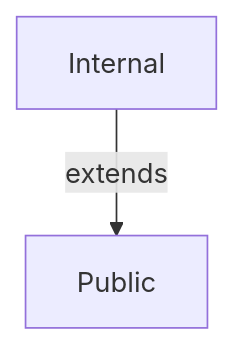
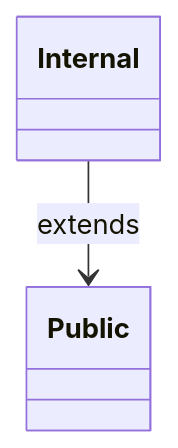
The first of 2 diagrams in examples/fastapi_app/README.md (release-art/pydantic-prism), drawn with Mermaid before and after one commit. The commit also changed other lines of this file and 7 other files, not shown here.

````diff
--- a/examples/fastapi_app/README.md
+++ b/examples/fastapi_app/README.md
@@ -7,7 +7,7 @@
 ```mermaid
-graph TD
-    Internal["Internal"]
-    Public["Public"]
-    Internal -->|"extends"| Public
-    classDef partial stroke-dasharray: 5 5;
+classDiagram
+    direction TB
+    class Internal
+    class Public
+    Internal --> Public : extends
 ```
````
